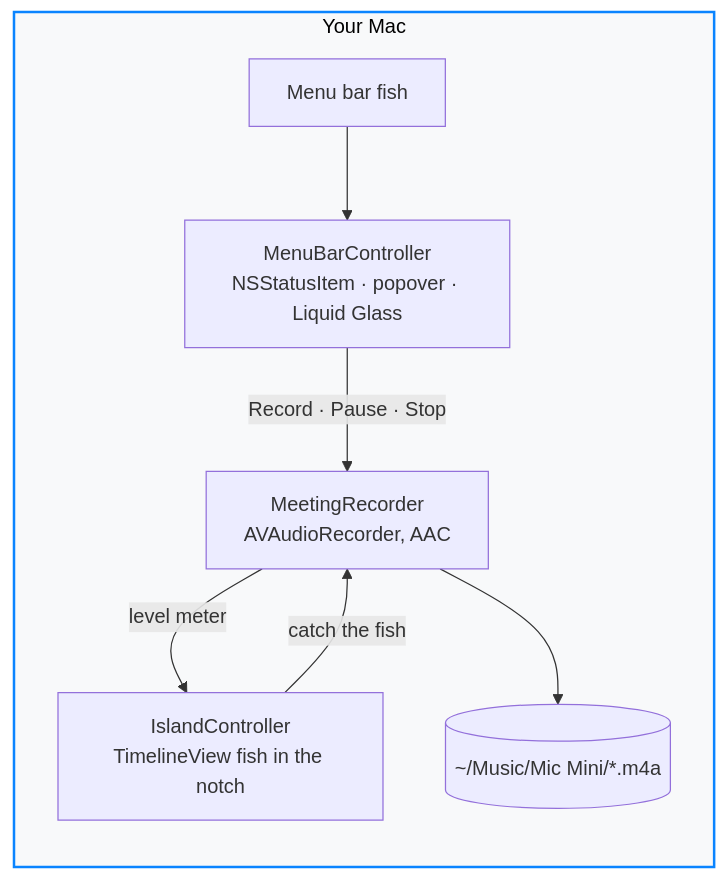
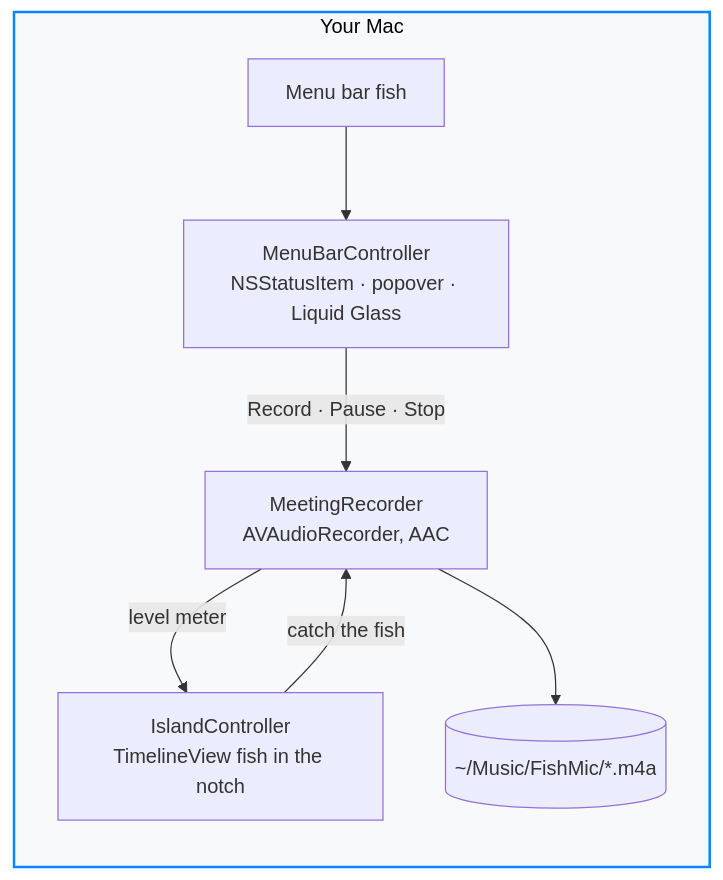
The diagram in README.md (flol3622/FishMic), drawn with Mermaid before and after one commit. The commit also changed other lines of this file and 12 other files, not shown here.

First line of the commit message:
FishMic 0.4.0: Mic Mini is now FishMic

````diff
--- a/README.md
+++ b/README.md
@@ -148,12 +160,12 @@
 ```mermaid
 flowchart LR
     subgraph MAC["Your Mac"]
         A["Menu bar fish"] --> B["MenuBarController<br/>NSStatusItem · popover · Liquid Glass"]
         B -- "Record · Pause · Stop" --> E["MeetingRecorder<br/>AVAudioRecorder, AAC"]
         E -- "level meter" --> D["IslandController<br/>TimelineView fish in the notch"]
         D -- "catch the fish" --> E
-        E --> F[("~/Music/Mic Mini/*.m4a")]
+        E --> F[("~/Music/FishMic/*.m4a")]
     end
 
     style MAC fill:#f8f9fa,stroke:#0a84ff,stroke-width:2px,color:#000
 ```
````
